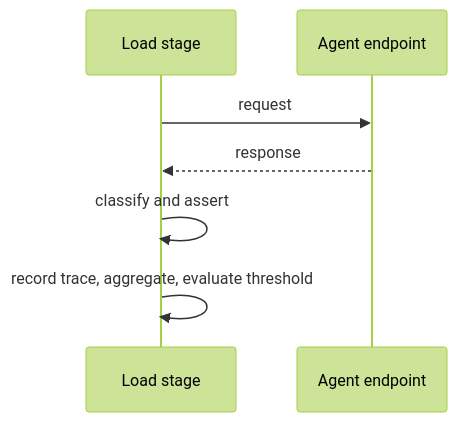
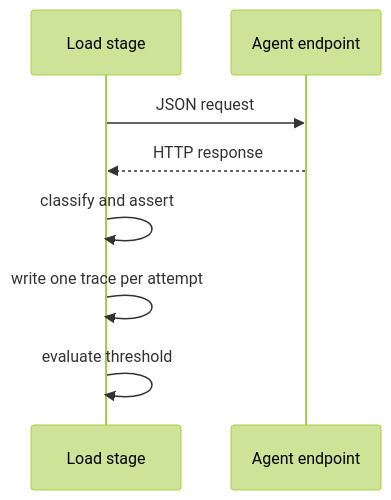
The second of 2 diagrams in README.md (ss1738/AgentLoad), drawn with Mermaid (forest theme) before and after one commit. The commit also changed other lines of this file and 10 other files, not shown here.

````diff
--- a/README.md
+++ b/README.md
@@ -13,9 +23,10 @@
 ```mermaid
 sequenceDiagram
   participant L as Load stage
   participant E as Agent endpoint
-  L->>E: request
-  E-->>L: response
+  L->>E: JSON request
+  E-->>L: HTTP response
   L->>L: classify and assert
-  L->>L: record trace, aggregate, evaluate threshold
+  L->>L: write one trace per attempt
+  L->>L: evaluate threshold
 ```
````
